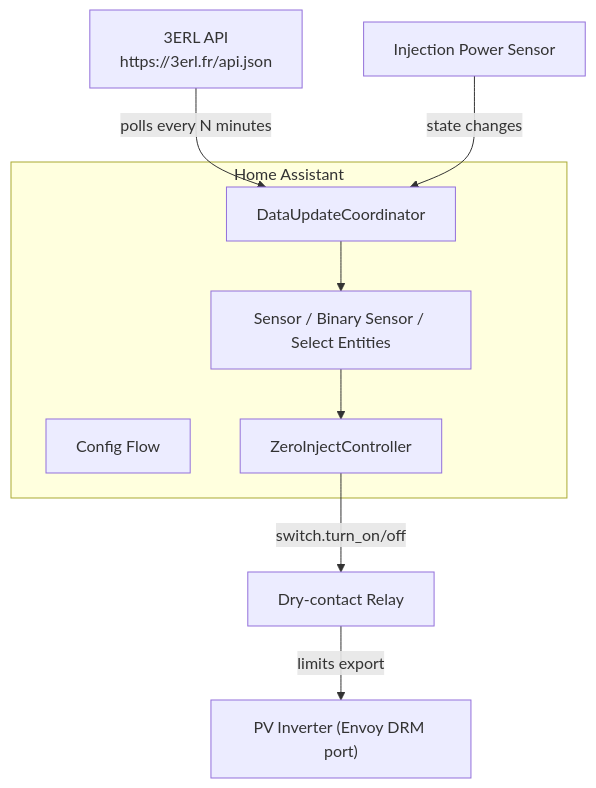
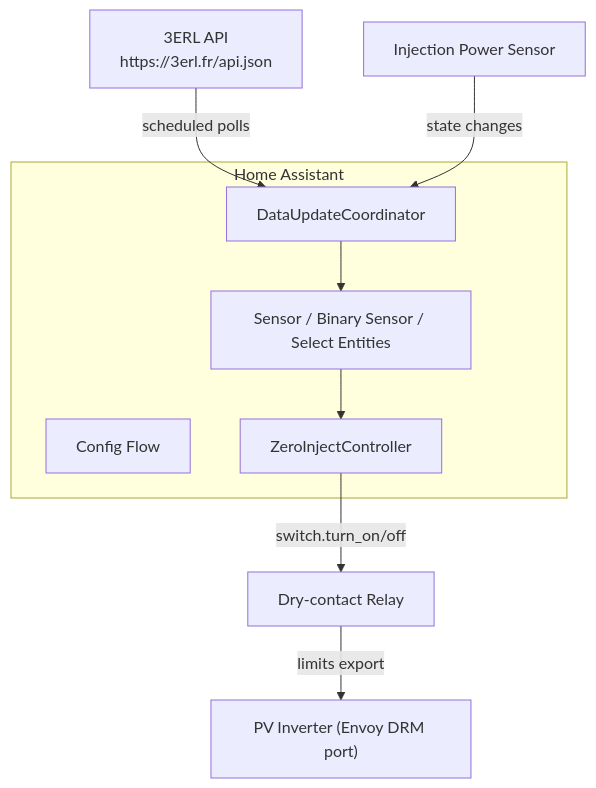
The second of 6 diagrams in WORKFLOW.md (gounick/ha-zero-inject-3erl), drawn with Mermaid before and after one commit. The commit also changed other lines of this file and 13 other files, not shown here.

````diff
--- a/WORKFLOW.md
+++ b/WORKFLOW.md
@@ -22,21 +22,21 @@
 ```mermaid
 flowchart TB
     subgraph HA["Home Assistant"]
         CF["Config Flow"]
         COORD["DataUpdateCoordinator"]
         CTRL["ZeroInjectController"]
         SENS["Sensor / Binary Sensor / Select Entities"]
     end
 
     API["3ERL API<br/>https://3erl.fr/api.json"]
     RELAY["Dry-contact Relay"]
     INVERTER["PV Inverter (Envoy DRM port)"]
     PV_POWER["Injection Power Sensor"]
 
-    API -->|polls every N minutes| COORD
+    API -->|scheduled polls| COORD
     PV_POWER -->|state changes| COORD
     COORD --> SENS
     SENS --> CTRL
     CTRL -->|switch.turn_on/off| RELAY
     RELAY -->|limits export| INVERTER
 ```
````
